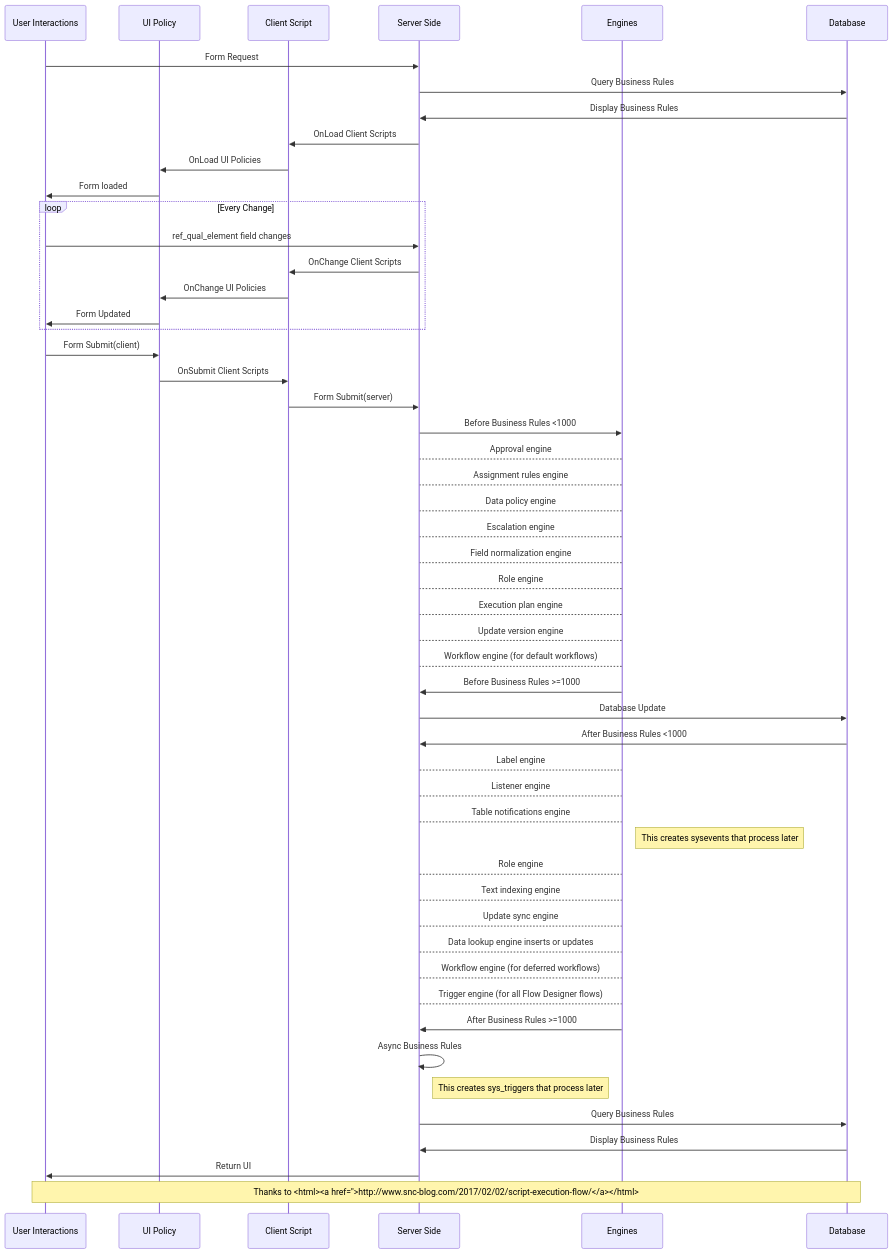
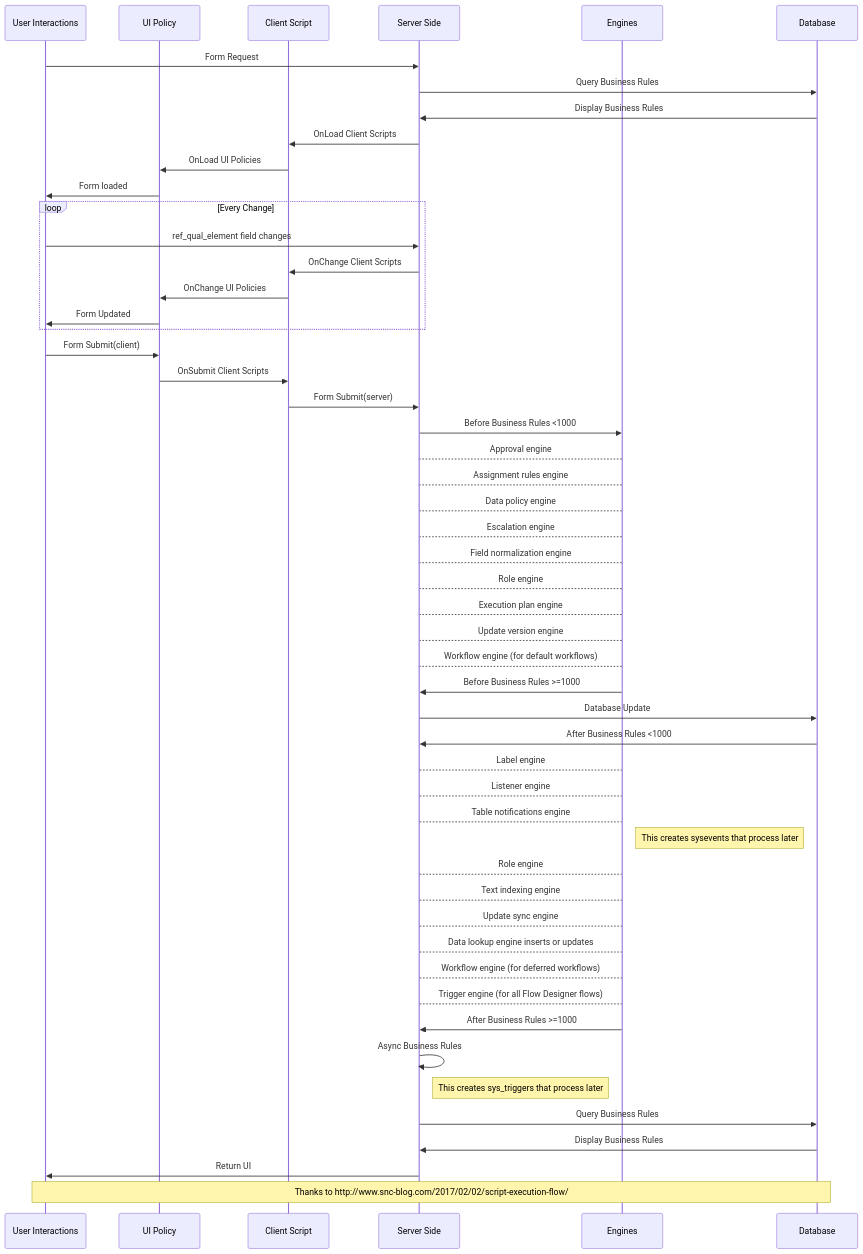
Before and after one commit to jacebenson/jace.pro: the diagram in content/post/2019-01-04-order-of-operations.md, drawn with Mermaid.

Commit message:
removed bad html

```diff
--- a/content/post/2019-01-04-order-of-operations.md
+++ b/content/post/2019-01-04-order-of-operations.md
@@ -14,54 +14,54 @@
 {{<mermaid align="center">}}
 sequenceDiagram
     participant uxux as User Interactions
     participant csup as UI Policy
     participant cscs as Client Script
     participant ssss as Server Side
     participant eeee as Engines
     participant dbdb as Database
     uxux->>ssss: Form Request
     ssss->>dbdb: Query Business Rules
     dbdb->>ssss: Display Business Rules
     ssss->>cscs: OnLoad Client Scripts
     cscs->>csup: OnLoad UI Policies
     csup->>uxux: Form loaded
     loop Every Change
         uxux->>ssss: ref_qual_element field changes
         ssss->>cscs: OnChange Client Scripts
         cscs->>csup: OnChange UI Policies
         csup->>uxux: Form Updated
     end
     uxux->>csup: Form Submit(client)
     csup->>cscs: OnSubmit Client Scripts
     cscs->>ssss: Form Submit(server)
     ssss->>eeee: Before Business Rules <1000
     eeee-->ssss: Approval engine
     eeee-->ssss: Assignment rules engine
     eeee-->ssss: Data policy engine
     eeee-->ssss: Escalation engine
     eeee-->ssss: Field normalization engine
     eeee-->ssss: Role engine
     eeee-->ssss: Execution plan engine
     eeee-->ssss: Update version engine
     eeee-->ssss: Workflow engine (for default workflows)
     eeee->>ssss: Before Business Rules >=1000
     ssss->>dbdb: Database Update
     dbdb->>ssss: After Business Rules <1000
     ssss-->eeee: Label engine
     ssss-->eeee: Listener engine
     ssss-->eeee: Table notifications engine
     Note right of eeee: This creates sysevents that process later
     ssss-->eeee: Role engine
     ssss-->eeee: Text indexing engine
     ssss-->eeee: Update sync engine
     ssss-->eeee: Data lookup engine inserts or updates
     ssss-->eeee: Workflow engine (for deferred workflows)
     ssss-->eeee: Trigger engine (for all Flow Designer flows)
     eeee->>ssss: After Business Rules >=1000
     ssss->>ssss: Async Business Rules
     Note right of ssss: This creates sys_triggers that process later
     ssss->>dbdb: Query Business Rules
     dbdb->>ssss: Display Business Rules
     ssss->>uxux: Return UI
-    Note over uxux,dbdb: Thanks to <html><a href="">http://www.snc-blog.com/2017/02/02/script-execution-flow/</a></html>
+    Note over uxux,dbdb: Thanks to http://www.snc-blog.com/2017/02/02/script-execution-flow/
 {{</mermaid>}}
```
